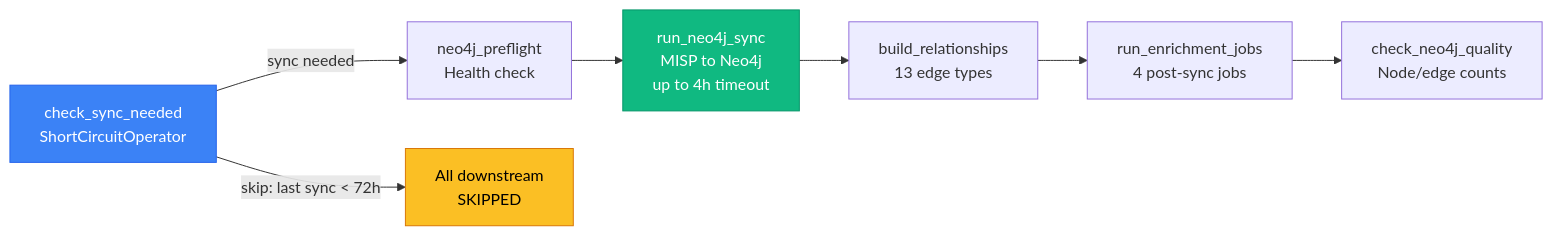
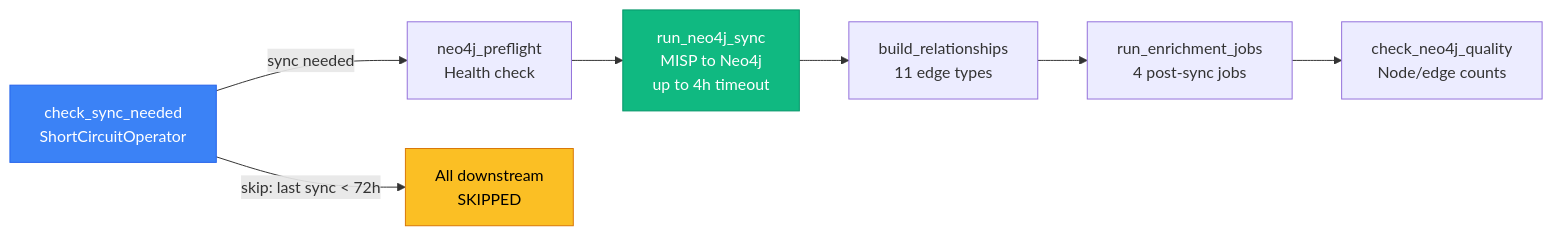
One commit to Kopanov/EdgeGuard-Knowledge-Graph changed the fifth of 8 diagrams in docs/ARCHITECTURE_DIAGRAMS.md. Above: the diagram before and after it, drawn with Mermaid. The commit also changed other lines of this file, not shown here.

Commit message:
docs: update Mermaid diagrams — 13→11 relationship types after IS_SAME_AS removal

````diff
--- a/docs/ARCHITECTURE_DIAGRAMS.md
+++ b/docs/ARCHITECTURE_DIAGRAMS.md
@@ -179,14 +179,14 @@
 ```mermaid
 flowchart LR
     A[check_sync_needed<br/>ShortCircuitOperator] -->|sync needed| B[neo4j_preflight<br/>Health check]
     B --> C[run_neo4j_sync<br/>MISP to Neo4j<br/>up to 4h timeout]
-    C --> D[build_relationships<br/>13 edge types]
+    C --> D[build_relationships<br/>11 edge types]
     D --> E[run_enrichment_jobs<br/>4 post-sync jobs]
     E --> F[check_neo4j_quality<br/>Node/edge counts]
 
     A -->|skip: last sync < 72h| SKIP[All downstream<br/>SKIPPED]
 
     style SKIP fill:#fbbf24,stroke:#d97706,color:#000
     style A fill:#3b82f6,stroke:#2563eb,color:#fff
     style C fill:#10b981,stroke:#059669,color:#fff
 ```
````
